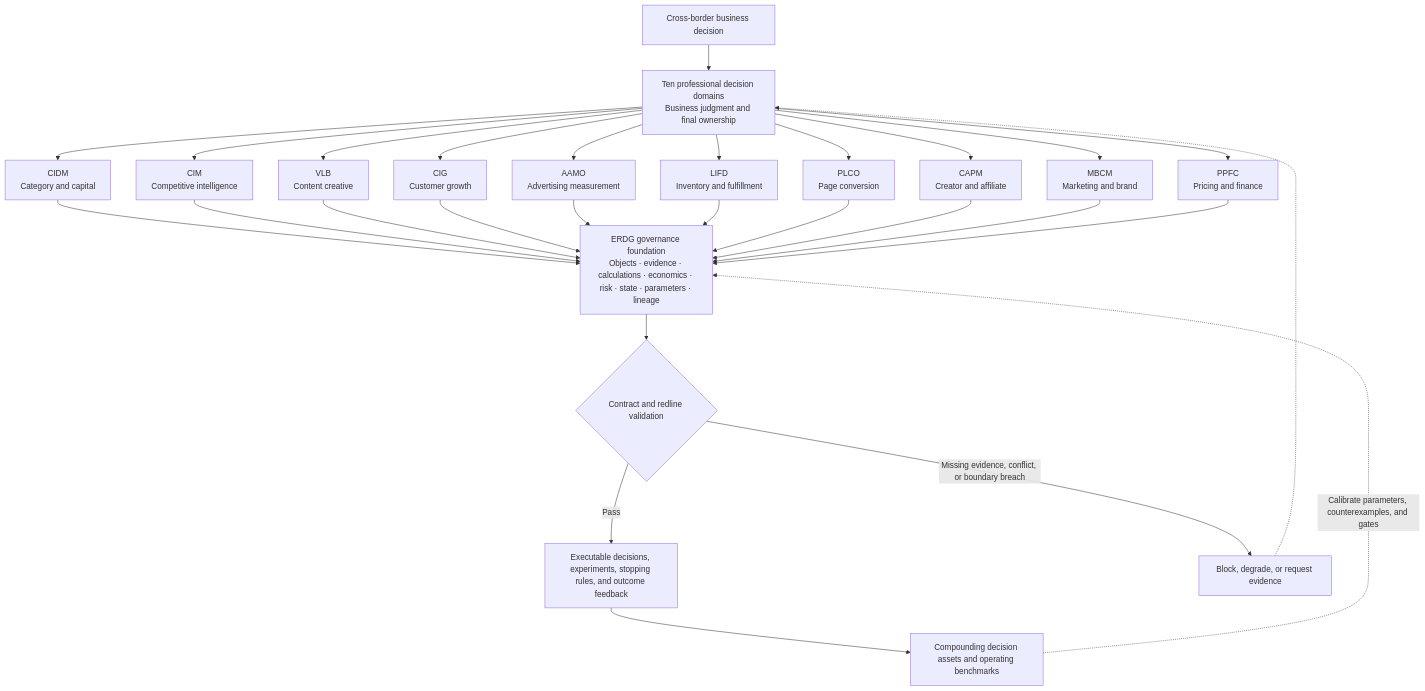
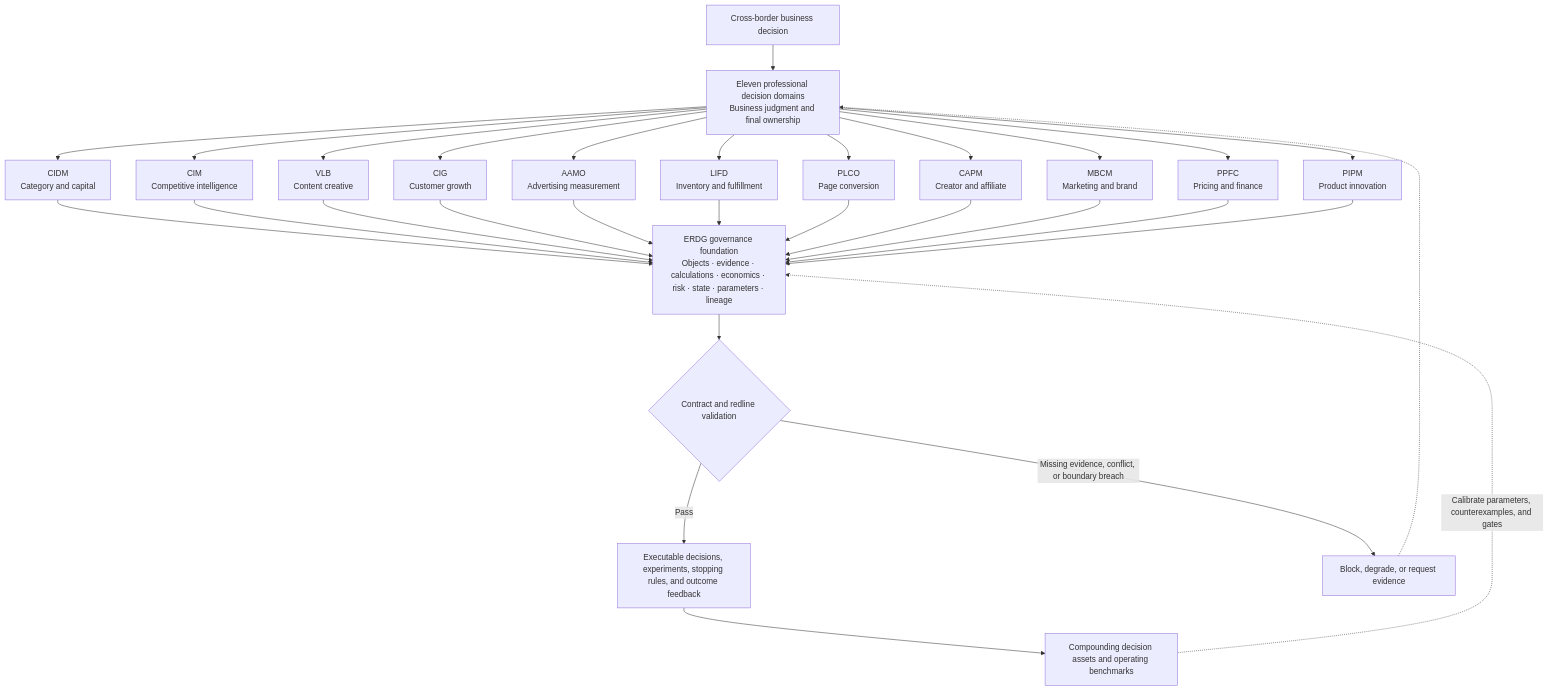
The first of 2 diagrams in README.en.md (saye-chen/CrossBorder-Decision-Lab), drawn with Mermaid before and after one commit. The commit also changed other lines of this file and 173 other files, not shown here.

Commit message:
Add expert product innovation decision domain

````diff
--- a/README.en.md
+++ b/README.en.md
@@ -73,23 +73,24 @@
 ```mermaid
 flowchart TB
-    U["Cross-border business decision"] --> D["Ten professional decision domains<br/>Business judgment and final ownership"]
+    U["Cross-border business decision"] --> D["Eleven professional decision domains<br/>Business judgment and final ownership"]
 
     D --> CIDM["CIDM<br/>Category and capital"]
     D --> CIM["CIM<br/>Competitive intelligence"]
     D --> VLB["VLB<br/>Content creative"]
     D --> CIG["CIG<br/>Customer growth"]
     D --> AAMO["AAMO<br/>Advertising measurement"]
     D --> LIFD["LIFD<br/>Inventory and fulfillment"]
     D --> PLCO["PLCO<br/>Page conversion"]
     D --> CAPM["CAPM<br/>Creator and affiliate"]
     D --> MBCM["MBCM<br/>Marketing and brand"]
     D --> PPFC["PPFC<br/>Pricing and finance"]
+    D --> PIPM["PIPM<br/>Product innovation"]
 
-    CIDM & CIM & VLB & CIG & AAMO & LIFD & PLCO & CAPM & MBCM & PPFC --> E["ERDG governance foundation<br/>Objects · evidence · calculations · economics · risk · state · parameters · lineage"]
+    CIDM & CIM & VLB & CIG & AAMO & LIFD & PLCO & CAPM & MBCM & PPFC & PIPM --> E["ERDG governance foundation<br/>Objects · evidence · calculations · economics · risk · state · parameters · lineage"]
     E --> G{"Contract and redline validation"}
     G -->|"Pass"| O["Executable decisions, experiments, stopping rules, and outcome feedback"]
     G -->|"Missing evidence, conflict, or boundary breach"| B["Block, degrade, or request evidence"]
     B -.-> D
     O --> A["Compounding decision assets and operating benchmarks"]
     A -.->|"Calibrate parameters, counterexamples, and gates"| E
 ```
````
